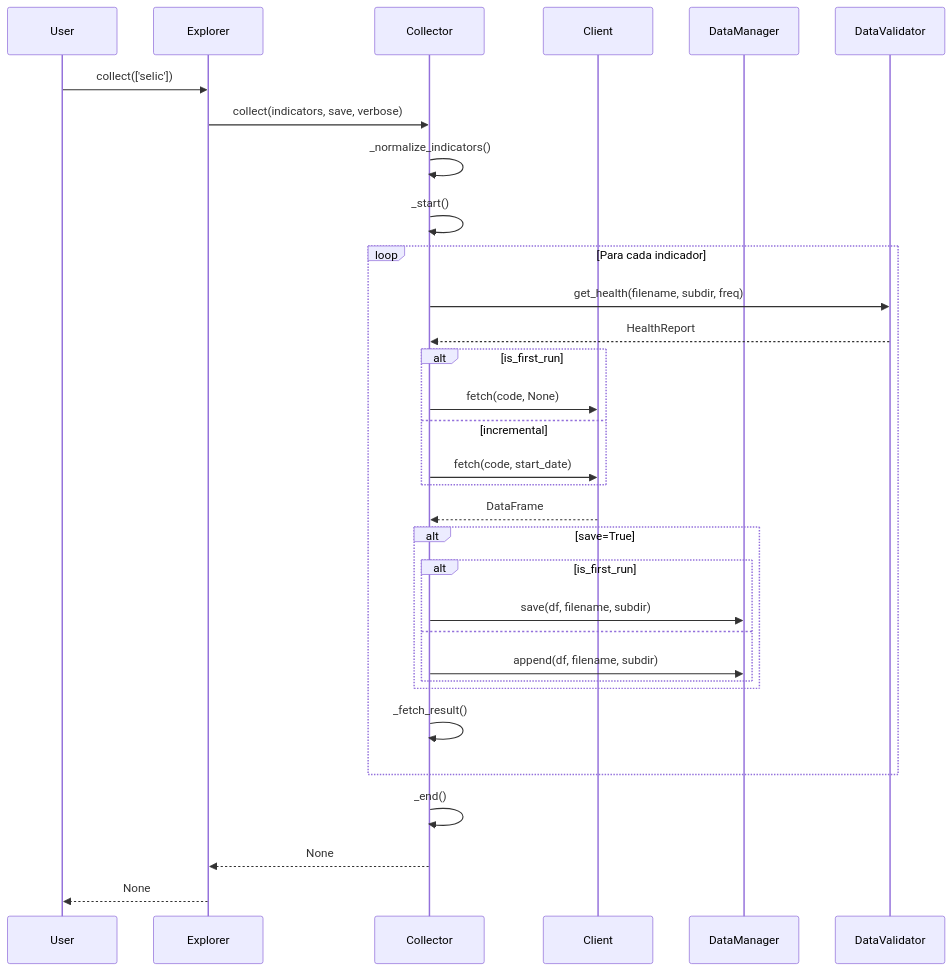
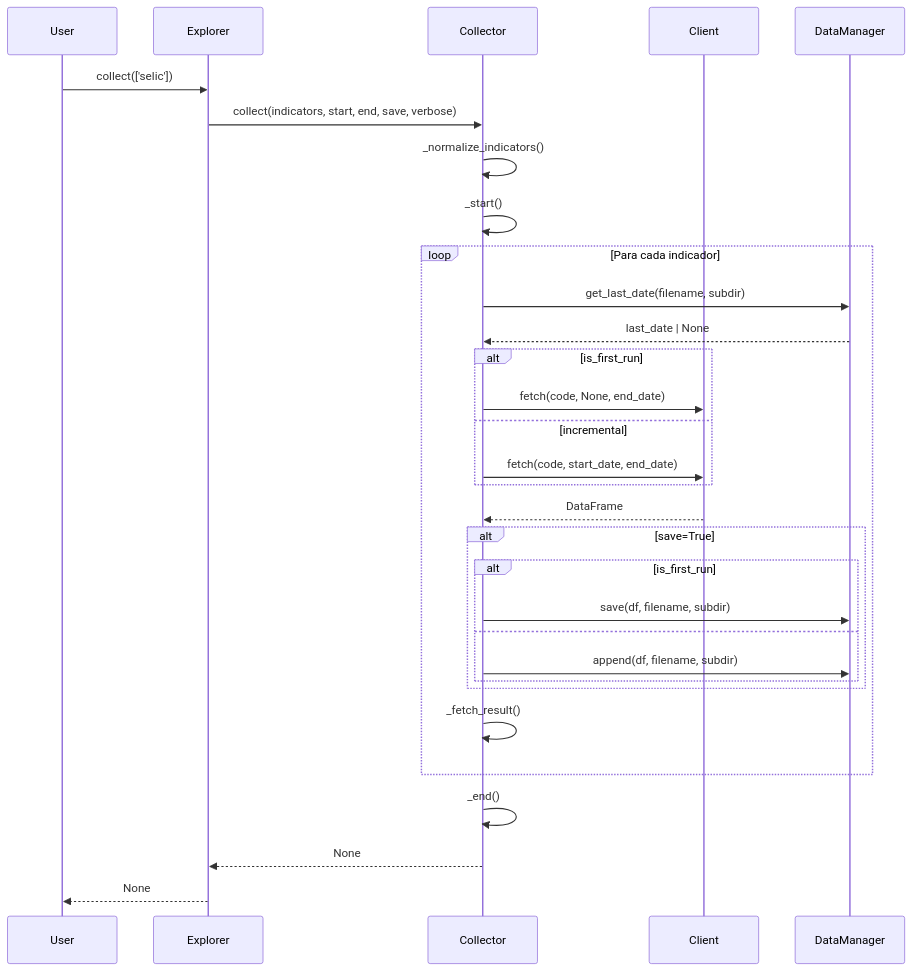
Before and after one commit to enzoomoreira/adb: the second of 2 diagrams in docs/internals/services.md, drawn with Mermaid. The commit also changed other lines of this file and 28 other files, not shown here.

````diff
--- a/docs/internals/services.md
+++ b/docs/internals/services.md
@@ -496,42 +504,41 @@
 ```mermaid
 sequenceDiagram
     participant User
     participant Explorer
     participant Collector
     participant Client
     participant DataManager
-    participant DataValidator
 
     User->>Explorer: collect(['selic'])
-    Explorer->>Collector: collect(indicators, save, verbose)
+    Explorer->>Collector: collect(indicators, start, end, save, verbose)
 
     Collector->>Collector: _normalize_indicators()
     Collector->>Collector: _start()
 
     loop Para cada indicador
-        Collector->>DataValidator: get_health(filename, subdir, freq)
-        DataValidator-->>Collector: HealthReport
+        Collector->>DataManager: get_last_date(filename, subdir)
+        DataManager-->>Collector: last_date | None
 
         alt is_first_run
-            Collector->>Client: fetch(code, None)
+            Collector->>Client: fetch(code, None, end_date)
         else incremental
-            Collector->>Client: fetch(code, start_date)
+            Collector->>Client: fetch(code, start_date, end_date)
         end
 
         Client-->>Collector: DataFrame
 
         alt save=True
             alt is_first_run
                 Collector->>DataManager: save(df, filename, subdir)
             else
                 Collector->>DataManager: append(df, filename, subdir)
             end
         end
 
         Collector->>Collector: _fetch_result()
     end
 
     Collector->>Collector: _end()
     Collector-->>Explorer: None
     Explorer-->>User: None
 ```
````
